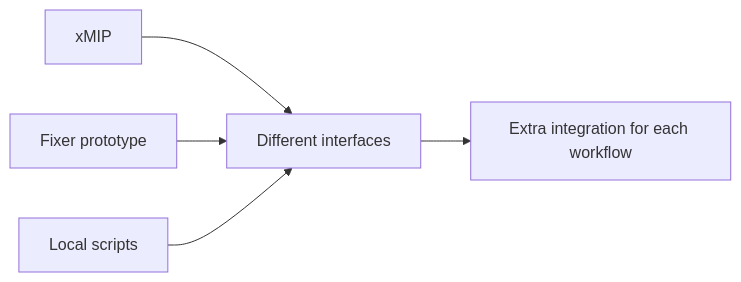
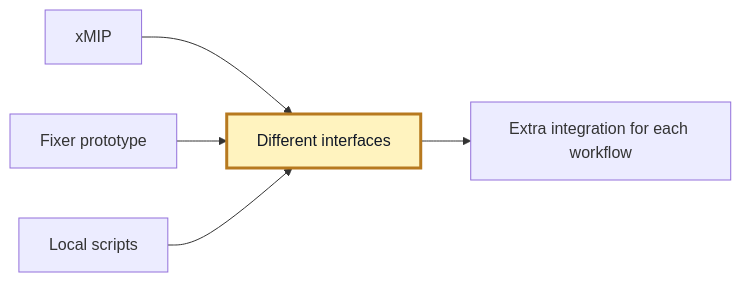
The second of 9 diagrams in overview-slides.md (roocs/woodpecker), drawn with Mermaid before and after one commit. The commit also changed other lines of this file, not shown here.

````diff
--- a/overview-slides.md
+++ b/overview-slides.md
@@ -45,7 +46,8 @@
 ```mermaid
 flowchart LR
     X["xMIP"] --> I["Different interfaces"]
     E["Fixer prototype"] --> I
     S["Local scripts"] --> I
     I --> W["Extra integration for each workflow"]
+    style I fill:#fff3bf,stroke:#b7791f,stroke-width:3px,color:#111827
 ```
````
